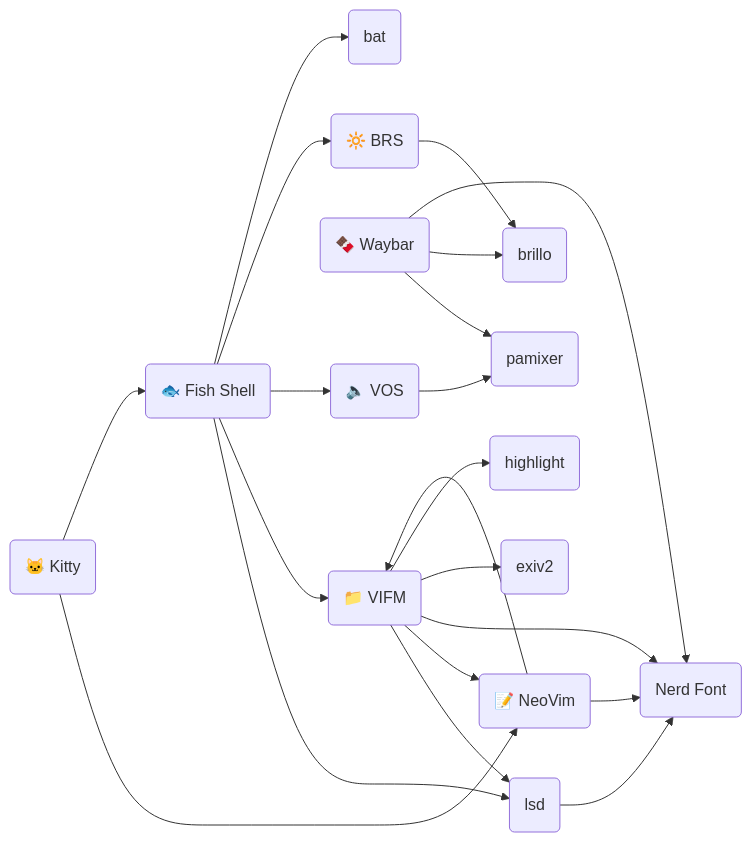
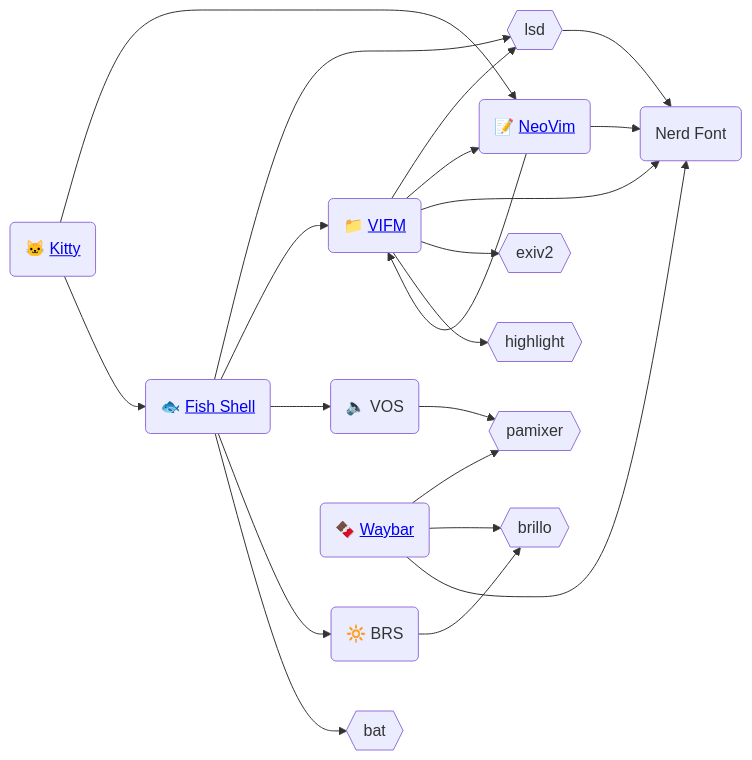
One commit to MidHunterX/Hunter-OS changed the diagram in README.md. Above: the diagram before and after it, drawn with Mermaid.

Commit message:
📖 Added: Dependency Config Hyperlinks

````diff
--- a/README.md
+++ b/README.md
@@ -267,38 +267,38 @@
 ```mermaid
 graph LR
-vifm(📁 VIFM)
-ls(lsd)
-cat(bat)
-exif(exiv2)
-syntax(highlight)
-nvim(📝 NeoVim)
-kitty(🐱 Kitty)
-fish(🐟 Fish Shell)
-volume(pamixer)
-brillo(brillo)
-waybar(🍫 Waybar)
+vifm(📁 <a href='.config/vifm/'>VIFM</a>)
+ls{{lsd}}
+cat{{bat}}
+exif{{exiv2}}
+syntax{{highlight}}
+nvim(📝 <a href='https://github.com/MidHunterX/HunterX-PDE'>NeoVim</a>)
+kitty(🐱 <a href='.config/kitty/'>Kitty</a>)
+fish(🐟 <a href='.config/fish/'>Fish Shell</a>)
+vos(🔈 VOS)
+volume{{pamixer}}
+brs(🔆 BRS)
+brillo{{brillo}}
+waybar(🍫 <a href='.config/waybar/'>Waybar</a>)
 nf(Nerd Font)
-vos(🔈 VOS)
-brs(🔆 BRS)
 
 vifm --> ls
 vifm --> nvim
 vifm --> nf
 vifm --> exif
 vifm --> syntax
 fish --> ls
 ls --> nf
 fish --> vifm
 fish --> vos
 fish --> brs
 fish --> cat
 nvim --> vifm
 nvim --> nf
 kitty --> nvim
 kitty --> fish
 waybar --> volume
 waybar --> brillo
 waybar --> nf
 vos --> volume
 brs --> brillo
 ```
````
